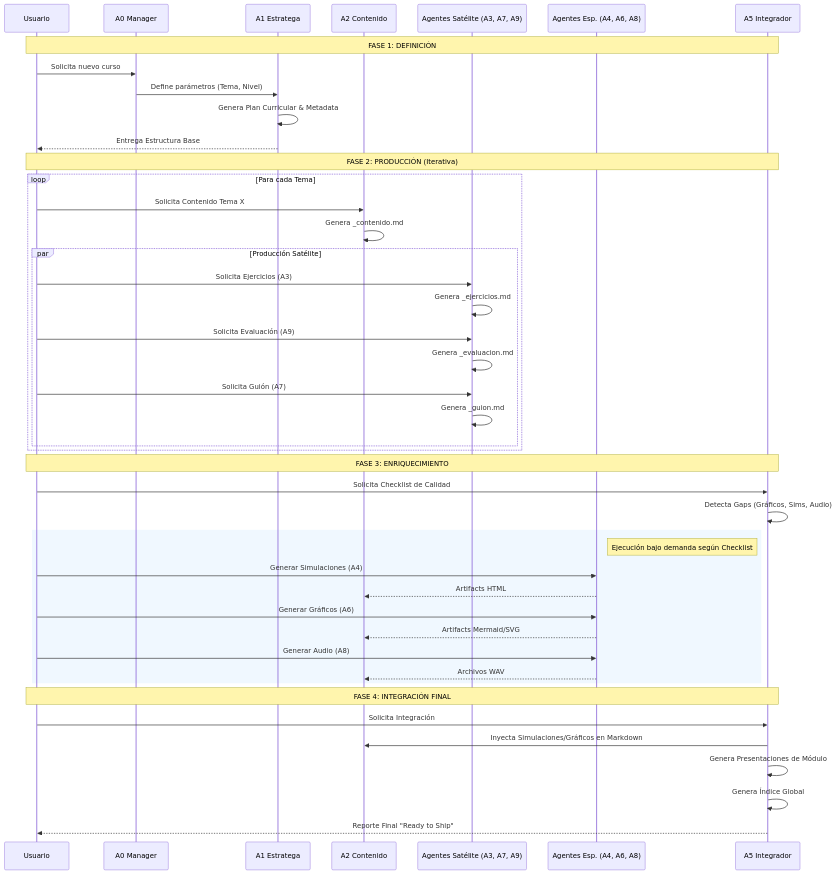
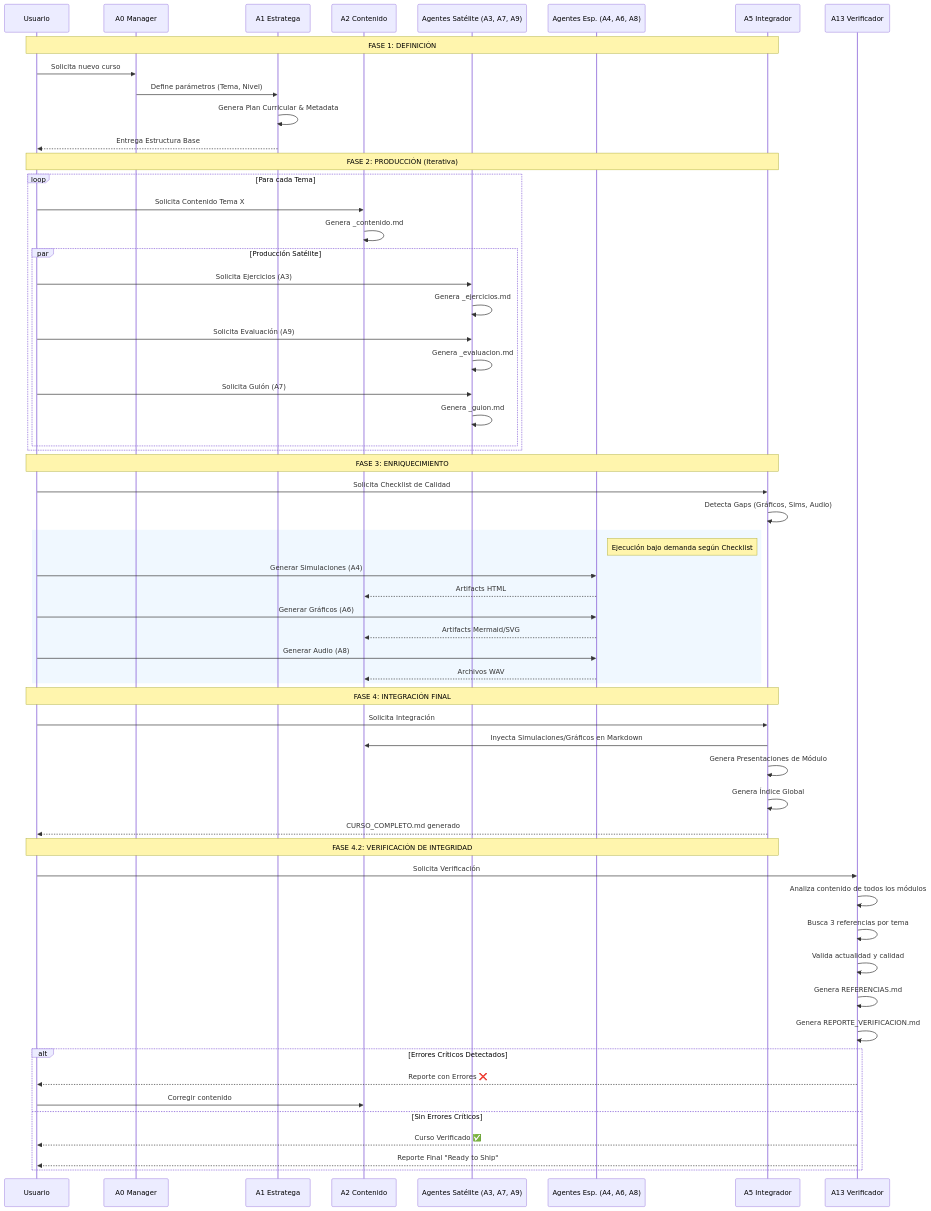
One commit to developer-laoz396/teach-laoz-courses-generator changed the second of 2 diagrams in docs/PROCESS_DIAGRAMS.md. Above: the diagram before and after it, drawn with Mermaid. The commit also changed other lines of this file and 6 other files, not shown here.

First line of the commit message:
feat: Implementar Agente 13 - Verificador de Integridad y Referencias

````diff
--- a/docs/PROCESS_DIAGRAMS.md
+++ b/docs/PROCESS_DIAGRAMS.md
@@ -100,52 +120,69 @@
 ```mermaid
 sequenceDiagram
     participant User as Usuario
     participant A0 as A0 Manager
     participant A1 as A1 Estratega
     participant A2 as A2 Contenido
     participant Sats as Agentes Satélite (A3, A7, A9)
     participant Specs as Agentes Esp. (A4, A6, A8)
     participant A5 as A5 Integrador
+    participant A13 as A13 Verificador
 
     Note over User, A5: FASE 1: DEFINICIÓN
     User->>A0: Solicita nuevo curso
     A0->>A1: Define parámetros (Tema, Nivel)
     A1->>A1: Genera Plan Curricular & Metadata
     A1-->>User: Entrega Estructura Base
 
     Note over User, A5: FASE 2: PRODUCCIÓN (Iterativa)
     loop Para cada Tema
         User->>A2: Solicita Contenido Tema X
         A2->>A2: Genera _contenido.md
 
         par Producción Satélite
             User->>Sats: Solicita Ejercicios (A3)
             Sats->>Sats: Genera _ejercicios.md
             User->>Sats: Solicita Evaluación (A9)
             Sats->>Sats: Genera _evaluacion.md
             User->>Sats: Solicita Guión (A7)
             Sats->>Sats: Genera _guion.md
         end
     end
 
     Note over User, A5: FASE 3: ENRIQUECIMIENTO
     User->>A5: Solicita Checklist de Calidad
     A5->>A5: Detecta Gaps (Gráficos, Sims, Audio)
 
     rect rgb(240, 248, 255)
         Note right of Specs: Ejecución bajo demanda según Checklist
         User->>Specs: Generar Simulaciones (A4)
         Specs-->>A2: Artifacts HTML
         User->>Specs: Generar Gráficos (A6)
         Specs-->>A2: Artifacts Mermaid/SVG
         User->>Specs: Generar Audio (A8)
         Specs-->>A2: Archivos WAV
     end
 
     Note over User, A5: FASE 4: INTEGRACIÓN FINAL
     User->>A5: Solicita Integración
     A5->>A2: Inyecta Simulaciones/Gráficos en Markdown
     A5->>A5: Genera Presentaciones de Módulo
     A5->>A5: Genera Índice Global
-    A5-->>User: Reporte Final "Ready to Ship"
+    A5-->>User: CURSO_COMPLETO.md generado
+
+    Note over User, A5: FASE 4.2: VERIFICACIÓN DE INTEGRIDAD
+    User->>A13: Solicita Verificación
+    A13->>A13: Analiza contenido de todos los módulos
+    A13->>A13: Busca 3 referencias por tema
+    A13->>A13: Valida actualidad y calidad
+    A13->>A13: Genera REFERENCIAS.md
+    A13->>A13: Genera REPORTE_VERIFICACION.md
+    
+    alt Errores Críticos Detectados
+        A13-->>User: Reporte con Errores ❌
+        User->>A2: Corregir contenido
+    else Sin Errores Críticos
+        A13-->>User: Curso Verificado ✅
+        A13-->>User: Reporte Final "Ready to Ship"
+    end
 ```
````
